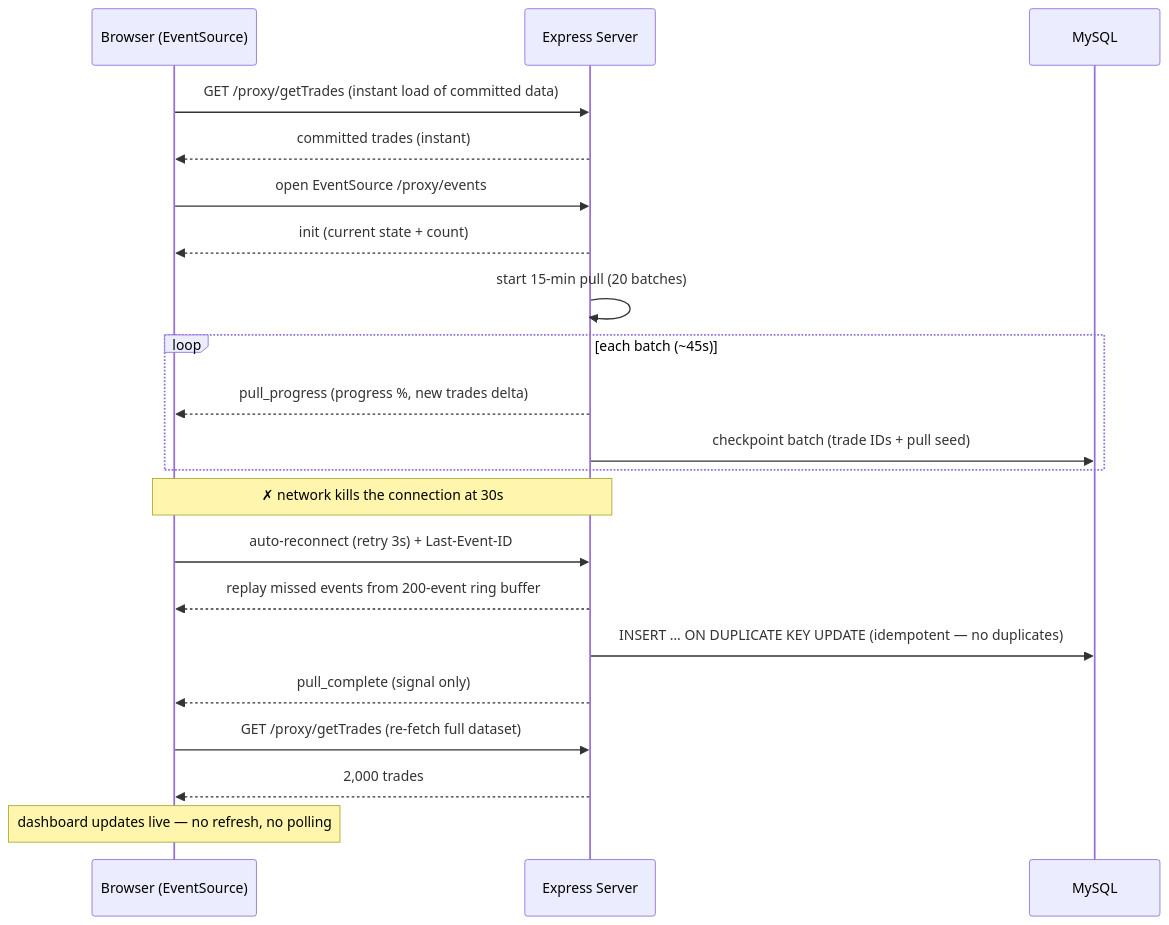
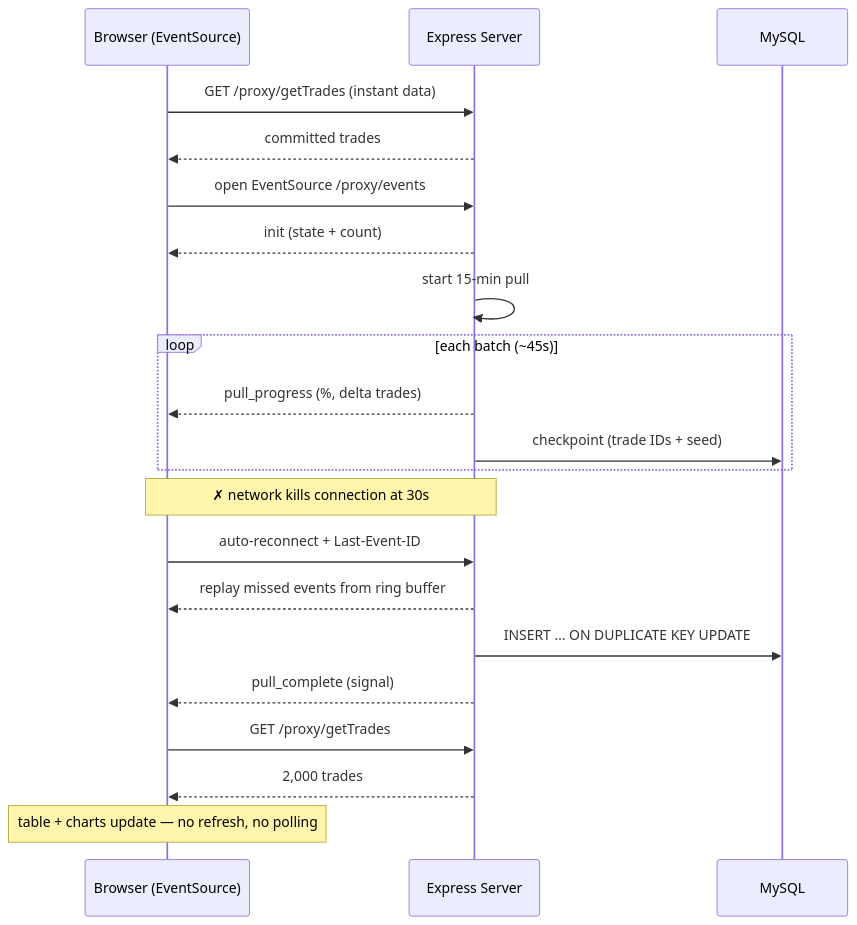
The second of 3 diagrams in SOLUTION_REPORT.md (Angela-0001/arham_fintech), drawn with Mermaid before and after one commit. The commit also changed other lines of this file and 1 other file, not shown here.

Commit message:
Replace ASCII diagrams with Mermaid — renders correctly on GitHub

````diff
--- a/SOLUTION_REPORT.md
+++ b/SOLUTION_REPORT.md
@@ -121,27 +83,27 @@
 ```mermaid
 sequenceDiagram
     participant B as Browser (EventSource)
     participant S as Express Server
     participant DB as MySQL
 
-    B->>S: GET /proxy/getTrades  (instant load of committed data)
-    S-->>B: committed trades (instant)
+    B->>S: GET /proxy/getTrades (instant data)
+    S-->>B: committed trades
     B->>S: open EventSource /proxy/events
-    S-->>B: init (current state + count)
-    S->>S: start 15-min pull (20 batches)
+    S-->>B: init (state + count)
+    S->>S: start 15-min pull
 
     loop each batch (~45s)
-        S-->>B: pull_progress (progress %, new trades delta)
-        S->>DB: checkpoint batch (trade IDs + pull seed)
+        S-->>B: pull_progress (%, delta trades)
+        S->>DB: checkpoint (trade IDs + seed)
     end
 
-    Note over B,S: ✗ network kills the connection at 30s
-    B->>S: auto-reconnect (retry 3s) + Last-Event-ID
-    S-->>B: replay missed events from 200-event ring buffer
+    Note over B,S: ✗ network kills connection at 30s
+    B->>S: auto-reconnect + Last-Event-ID
+    S-->>B: replay missed events from ring buffer
 
-    S->>DB: INSERT … ON DUPLICATE KEY UPDATE (idempotent — no duplicates)
-    S-->>B: pull_complete (signal only)
-    B->>S: GET /proxy/getTrades (re-fetch full dataset)
+    S->>DB: INSERT … ON DUPLICATE KEY UPDATE
+    S-->>B: pull_complete (signal)
+    B->>S: GET /proxy/getTrades
     S-->>B: 2,000 trades
-    Note over B: dashboard updates live — no refresh, no polling
+    Note over B: table + charts update — no refresh, no polling
 ```
````
